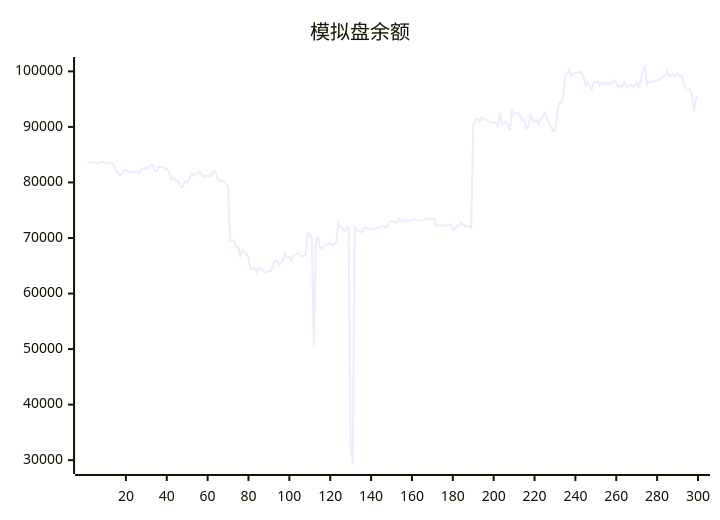
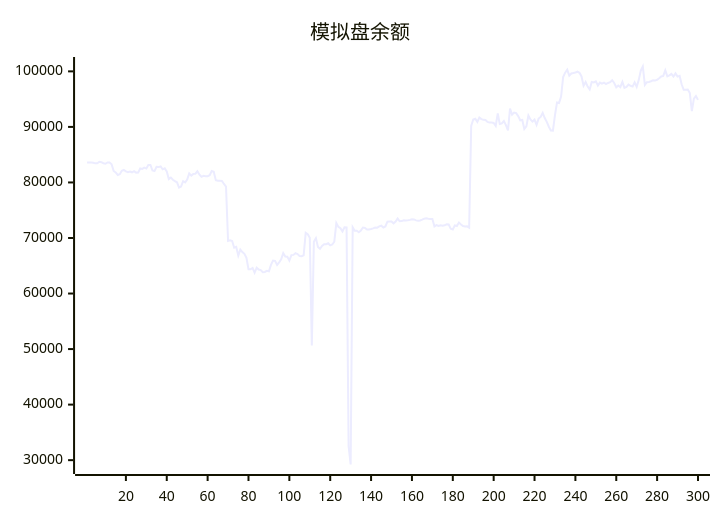
Before and after one commit to aahl/ai-trading: the diagram in README.md, drawn with Mermaid. The commit also changed other lines of this file and 1 other file, not shown here.

````diff
--- a/README.md
+++ b/README.md
@@ -5,5 +5,5 @@
 ```mermaid
 xychart
     title "模拟盘余额"
-    line [83474,83608,83606,83602,83548,83440,83454,83724,83644,83464,83365,83590,83592,83275,82072,81806,81344,81492,82109,82254,82006,81848,81955,81829,82022,81769,81776,82522,82441,82656,82498,83144,83144,82150,82038,82797,82763,82872,82367,82536,81981,80612,80862,80484,80242,80034,79063,79245,80226,80016,80507,81625,81233,81544,81578,82016,81401,81019,81186,81130,81118,81306,82066,81909,80392,80304,80291,80258,79729,79261,69466,69579,69456,68251,68415,66832,67911,67462,67144,66432,64380,64375,64606,63740,64647,64324,64216,63842,63877,64078,64008,65156,65945,65888,65157,65625,66144,67284,66653,66639,65924,66925,66956,67263,67108,66766,66729,66886,70927,70673,70049,50652,69334,69973,68400,68061,68578,68876,68879,69055,68662,68822,69329,72687,71999,71760,71162,71911,71896,32500,29218,71927,71297,71305,71044,71337,71883,71822,71536,71536,71622,71723,71880,71860,72100,72216,71887,72077,72940,72976,72966,72638,72948,73497,73004,73041,73173,73160,73186,73258,73375,73351,73173,73098,73161,73305,73474,73536,73457,73413,73412,72100,72333,72164,72272,72204,72285,72461,72421,71652,71521,72267,72157,72774,72424,72144,72060,72091,71858,90185,91338,91466,90900,91678,91404,91268,91244,90903,90779,90787,90721,90187,92429,90518,90619,91070,90328,89376,93286,92202,92581,92485,91947,91196,91259,89619,90086,92063,91355,90950,91327,90373,91498,91800,92531,91603,90910,90031,89351,89334,92097,94406,94315,95455,98972,99763,100286,99229,99622,99701,99805,99938,99738,99082,97430,98094,97267,96741,98081,98013,98194,97447,97983,97789,97969,97729,97911,98043,98405,97912,97120,97448,97154,98095,97021,97190,97616,97402,97263,98035,97210,98424,100120,100876,97552,98049,98085,98228,98388,98342,98488,98750,99086,99181,100188,99107,99272,99553,99072,99636,99061,99186,97674,96679,96704,96743,96096,92830,95088,95560]
+    line [83608,83606,83602,83548,83440,83454,83724,83644,83464,83365,83590,83592,83275,82072,81806,81344,81492,82109,82254,82006,81848,81955,81829,82022,81769,81776,82522,82441,82656,82498,83144,83144,82150,82038,82797,82763,82872,82367,82536,81981,80612,80862,80484,80242,80034,79063,79245,80226,80016,80507,81625,81233,81544,81578,82016,81401,81019,81186,81130,81118,81306,82066,81909,80392,80304,80291,80258,79729,79261,69466,69579,69456,68251,68415,66832,67911,67462,67144,66432,64380,64375,64606,63740,64647,64324,64216,63842,63877,64078,64008,65156,65945,65888,65157,65625,66144,67284,66653,66639,65924,66925,66956,67263,67108,66766,66729,66886,70927,70673,70049,50652,69334,69973,68400,68061,68578,68876,68879,69055,68662,68822,69329,72687,71999,71760,71162,71911,71896,32500,29218,71927,71297,71305,71044,71337,71883,71822,71536,71536,71622,71723,71880,71860,72100,72216,71887,72077,72940,72976,72966,72638,72948,73497,73004,73041,73173,73160,73186,73258,73375,73351,73173,73098,73161,73305,73474,73536,73457,73413,73412,72100,72333,72164,72272,72204,72285,72461,72421,71652,71521,72267,72157,72774,72424,72144,72060,72091,71858,90185,91338,91466,90900,91678,91404,91268,91244,90903,90779,90787,90721,90187,92429,90518,90619,91070,90328,89376,93286,92202,92581,92485,91947,91196,91259,89619,90086,92063,91355,90950,91327,90373,91498,91800,92531,91603,90910,90031,89351,89334,92097,94406,94315,95455,98972,99763,100286,99229,99622,99701,99805,99938,99738,99082,97430,98094,97267,96741,98081,98013,98194,97447,97983,97789,97969,97729,97911,98043,98405,97912,97120,97448,97154,98095,97021,97190,97616,97402,97263,98035,97210,98424,100120,100876,97552,98049,98085,98228,98388,98342,98488,98750,99086,99181,100188,99107,99272,99553,99072,99636,99061,99186,97674,96679,96704,96743,96096,92830,95088,95560,94866]
 ```
````
